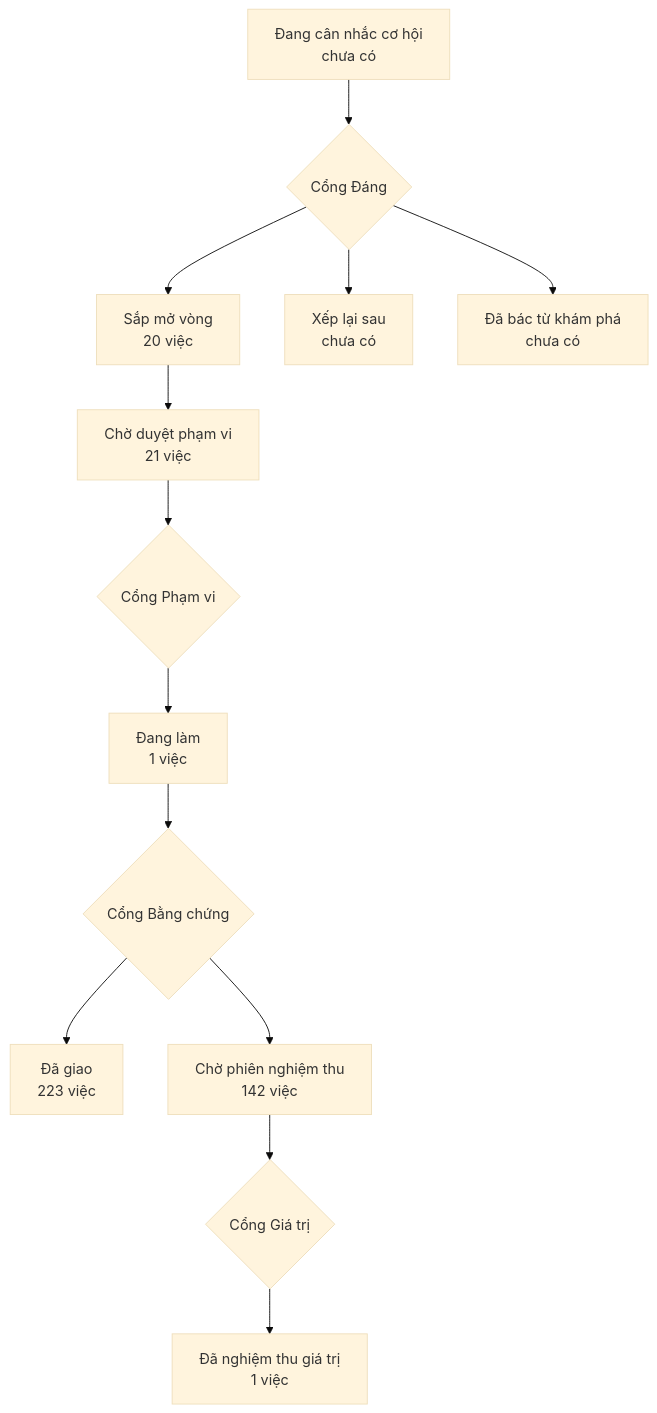
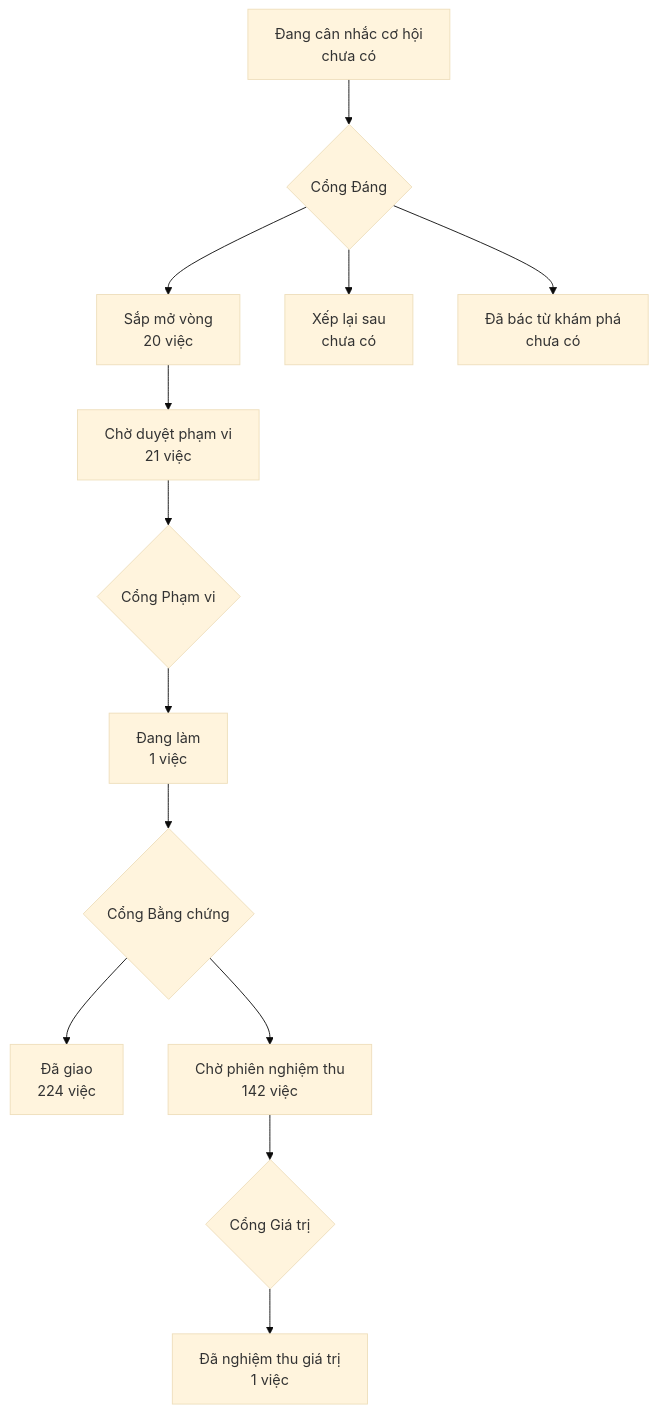
One commit to phanlemanh/onehub-invest changed the diagram in PRODUCT-MAP.md. Above: the diagram before and after it, drawn with Mermaid (base theme). The commit also changed other lines of this file, not shown here.

Commit message:
chore(map): sinh lại PRODUCT-MAP, LO-TRINH sau khi gộp main caadfbb1c

````diff
--- a/PRODUCT-MAP.md
+++ b/PRODUCT-MAP.md
@@ -7,12 +7,12 @@
 ```mermaid
 flowchart TD
   A["Đang cân nhắc cơ hội<br/>chưa có"] --> GD{"Cổng Đáng"}
   GD --> B["Sắp mở vòng<br/>20 việc"]
   GD --> XL["Xếp lại sau<br/>chưa có"]
   GD --> DB["Đã bác từ khám phá<br/>chưa có"]
   B --> CD["Chờ duyệt phạm vi<br/>21 việc"] --> GP{"Cổng Phạm vi"}
   GP --> DL["Đang làm<br/>1 việc"] --> GB{"Cổng Bằng chứng"}
-  GB --> DG["Đã giao<br/>223 việc"]
+  GB --> DG["Đã giao<br/>224 việc"]
   GB --> CN["Chờ phiên nghiệm thu<br/>142 việc"] --> GG{"Cổng Giá trị"}
   GG --> NT["Đã nghiệm thu giá trị<br/>1 việc"]
 ```
````
